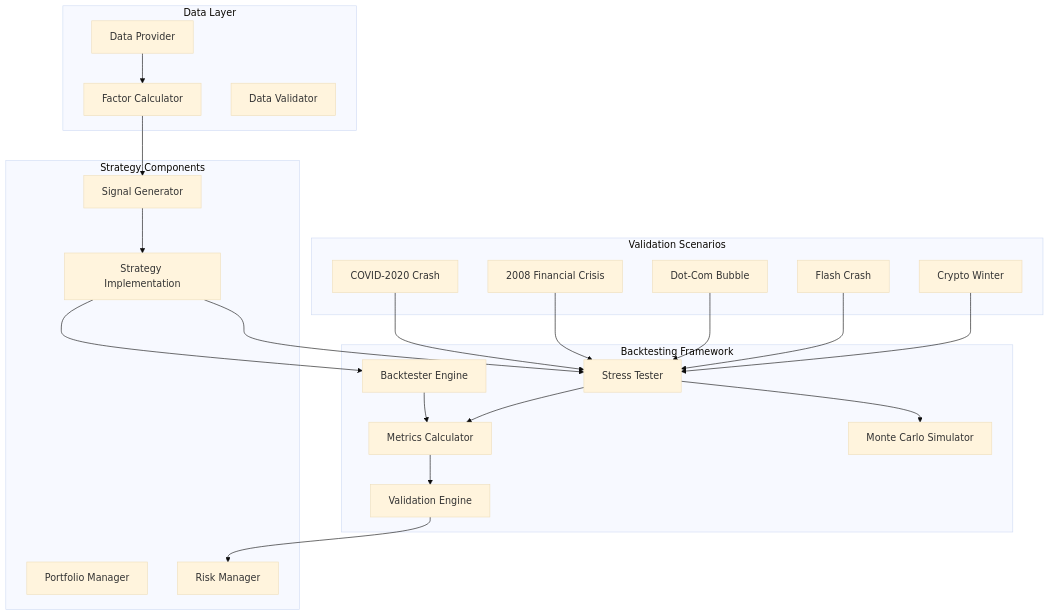
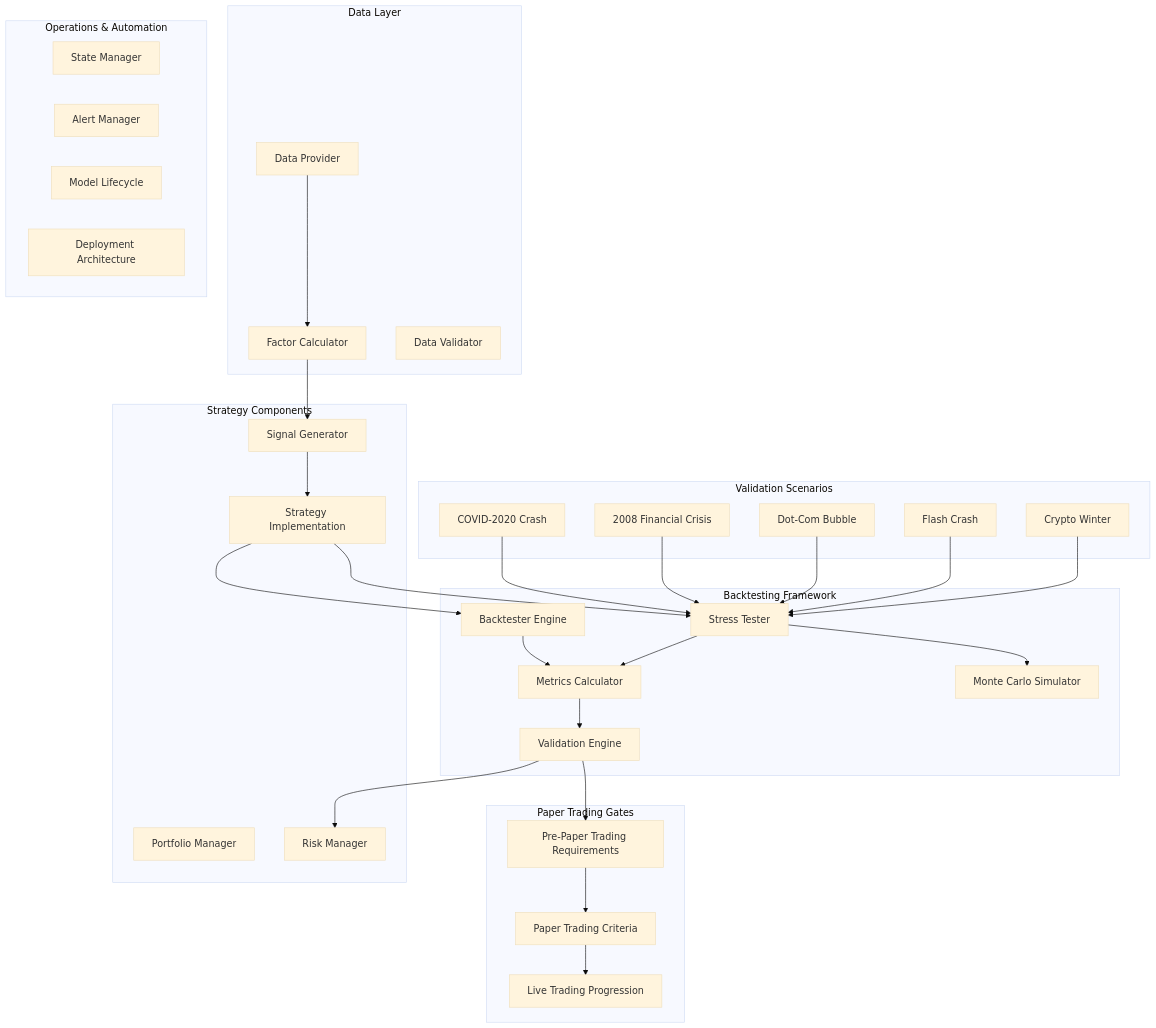
Before and after one commit to guofeng201507/shark-quant-trader: the first of 7 diagrams in .qoder/repowiki/en/content/Backtesting and Validation.md, drawn with Mermaid (base theme). The commit also changed other lines of this file and 14 other files, not shown here.

````diff
--- a/.qoder/repowiki/en/content/Backtesting and Validation.md
+++ b/.qoder/repowiki/en/content/Backtesting and Validation.md
@@ -49,43 +52,57 @@
 ```mermaid
 graph TB
 subgraph "Backtesting Framework"
 BT[Backtester Engine]
 ST[Stress Tester]
 MET[Metrics Calculator]
 VAL[Validation Engine]
 MC[Monte Carlo Simulator]
+end
+subgraph "Paper Trading Gates"
+PG[Pre-Paper Trading Requirements]
+PT[Paper Trading Criteria]
+LT[Live Trading Progression]
 end
 subgraph "Strategy Components"
 STRAT[Strategy Implementation]
 SIG[Signal Generator]
 PORT[Portfolio Manager]
 RM[Risk Manager]
 end
 subgraph "Data Layer"
 DP[Data Provider]
 FC[Factor Calculator]
 VALD[Data Validator]
+end
+subgraph "Operations & Automation"
+SM[State Manager]
+AM[Alert Manager]
+LM[Model Lifecycle]
+DA[Deployment Architecture]
 end
 subgraph "Validation Scenarios"
 SC1[COVID-2020 Crash]
 SC2[2008 Financial Crisis]
 SC3[Dot-Com Bubble]
 SC4[Flash Crash]
 SC5[Crypto Winter]
 end
 DP --> FC
 FC --> SIG
 SIG --> STRAT
 STRAT --> BT
 STRAT --> ST
 BT --> MET
 ST --> MET
 ST --> MC
 MET --> VAL
 VAL --> RM
+VAL --> PG
+PG --> PT
+PT --> LT
 SC1 --> ST
 SC2 --> ST
 SC3 --> ST
 SC4 --> ST
 SC5 --> ST
 ```
````
